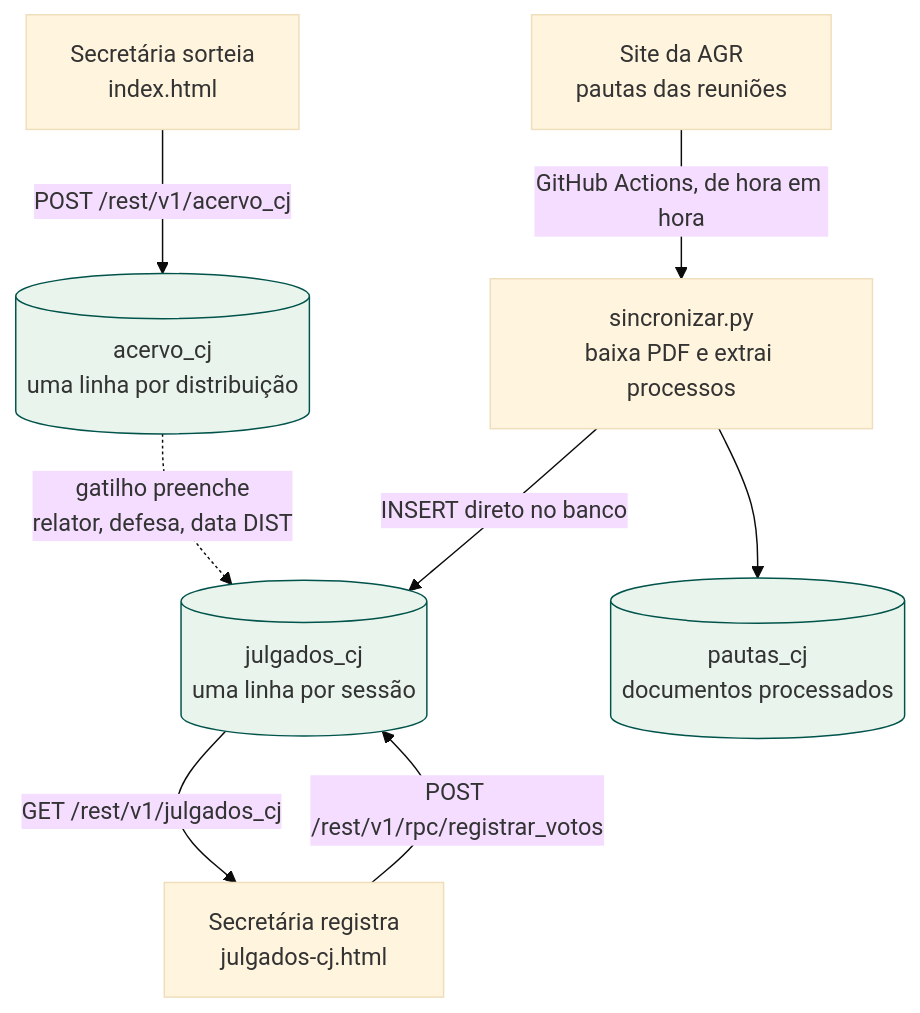
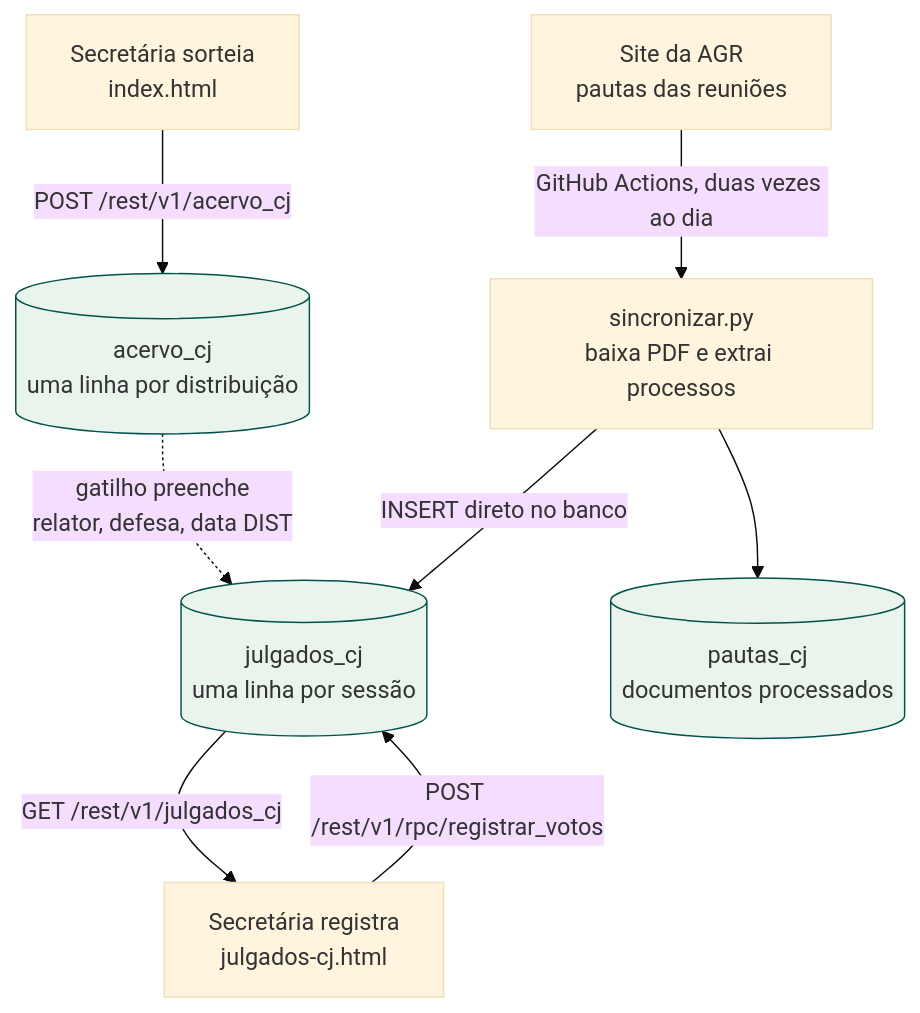
Before and after one commit to thelustosa/sorteio-sei: the first of 5 diagrams in FLUXO-CJ.md, drawn with Mermaid (base theme). The commit also changed other lines of this file and 1 other file, not shown here.

First line of the commit message:
docs(cj,creg): registra a carga das atas 015 e 016 e a conferência de 17/09

````diff
--- a/FLUXO-CJ.md
+++ b/FLUXO-CJ.md
@@ -21,14 +22,14 @@
 ```mermaid
 flowchart TD
     A["Secretária sorteia<br/>index.html"] -->|"POST /rest/v1/acervo_cj"| B[("acervo_cj<br/>uma linha por distribuição")]
-    C["Site da AGR<br/>pautas das reuniões"] -->|"GitHub Actions, de hora em hora"| D["sincronizar.py<br/>baixa PDF e extrai processos"]
+    C["Site da AGR<br/>pautas das reuniões"] -->|"GitHub Actions, duas vezes ao dia"| D["sincronizar.py<br/>baixa PDF e extrai processos"]
     D -->|"INSERT direto no banco"| E[("julgados_cj<br/>uma linha por sessão")]
     D --> F[("pautas_cj<br/>documentos processados")]
     B -.->|"gatilho preenche<br/>relator, defesa, data DIST"| E
     E -->|"GET /rest/v1/julgados_cj"| G["Secretária registra<br/>julgados-cj.html"]
     G -->|"POST /rest/v1/rpc/registrar_votos"| E
 
     style B fill:#E9F5EC,stroke:#00534b
     style E fill:#E9F5EC,stroke:#00534b
     style F fill:#E9F5EC,stroke:#00534b
 ```
````
